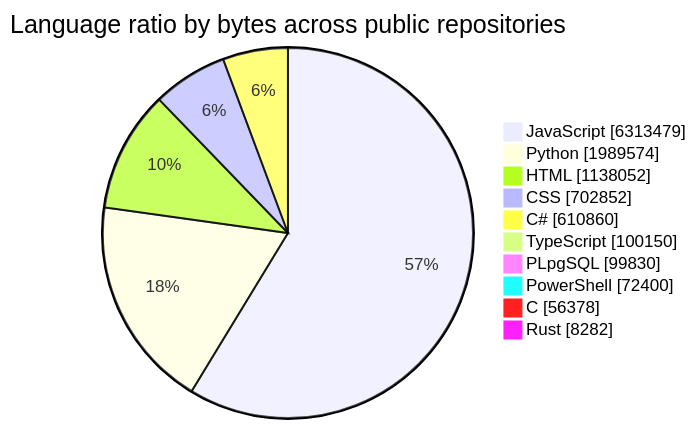
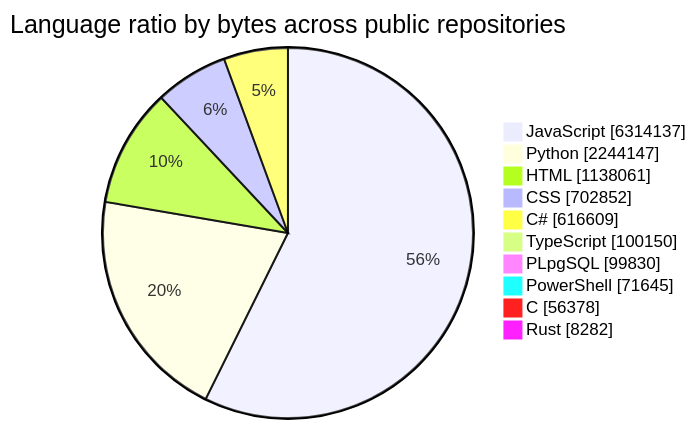
Before and after one commit to tchinso/tchinso: the first of 2 diagrams in README.md, drawn with Mermaid. The commit also changed other lines of this file, not shown here.

````diff
--- a/README.md
+++ b/README.md
@@ -27,14 +27,14 @@
 ```mermaid
 pie showData
     title Language ratio by bytes across public repositories
-    "JavaScript" : 6313479
-    "Python" : 1989574
-    "HTML" : 1138052
+    "JavaScript" : 6314137
+    "Python" : 2244147
+    "HTML" : 1138061
     "CSS" : 702852
-    "C#" : 610860
+    "C#" : 616609
     "TypeScript" : 100150
     "PLpgSQL" : 99830
-    "PowerShell" : 72400
+    "PowerShell" : 71645
     "C" : 56378
     "Rust" : 8282
 ```
````
